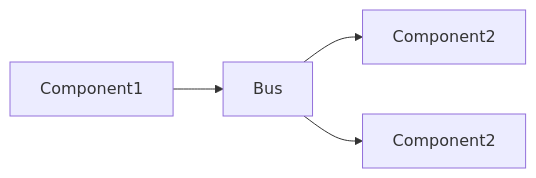
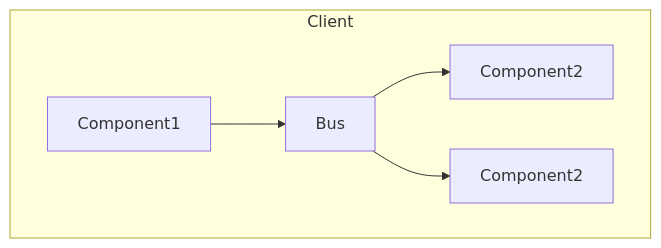
One commit to ntrondo/HostedBlazorAppSkeleton changed the first of 2 diagrams in Messages/Readme.md. Above: the diagram before and after it, drawn with Mermaid. The commit also changed other lines of this file, not shown here.

Commit message:
Edited Messages readme

````diff
--- a/Messages/Readme.md
+++ b/Messages/Readme.md
@@ -9,6 +9,9 @@
 ```mermaid
-flowchart LR
+flowchart
+subgraph Client
+direction LR
     A[Component1] --> B[Bus]
     B-->C[Component2]
     B-->D[Component2]
+    end
 ```
````
